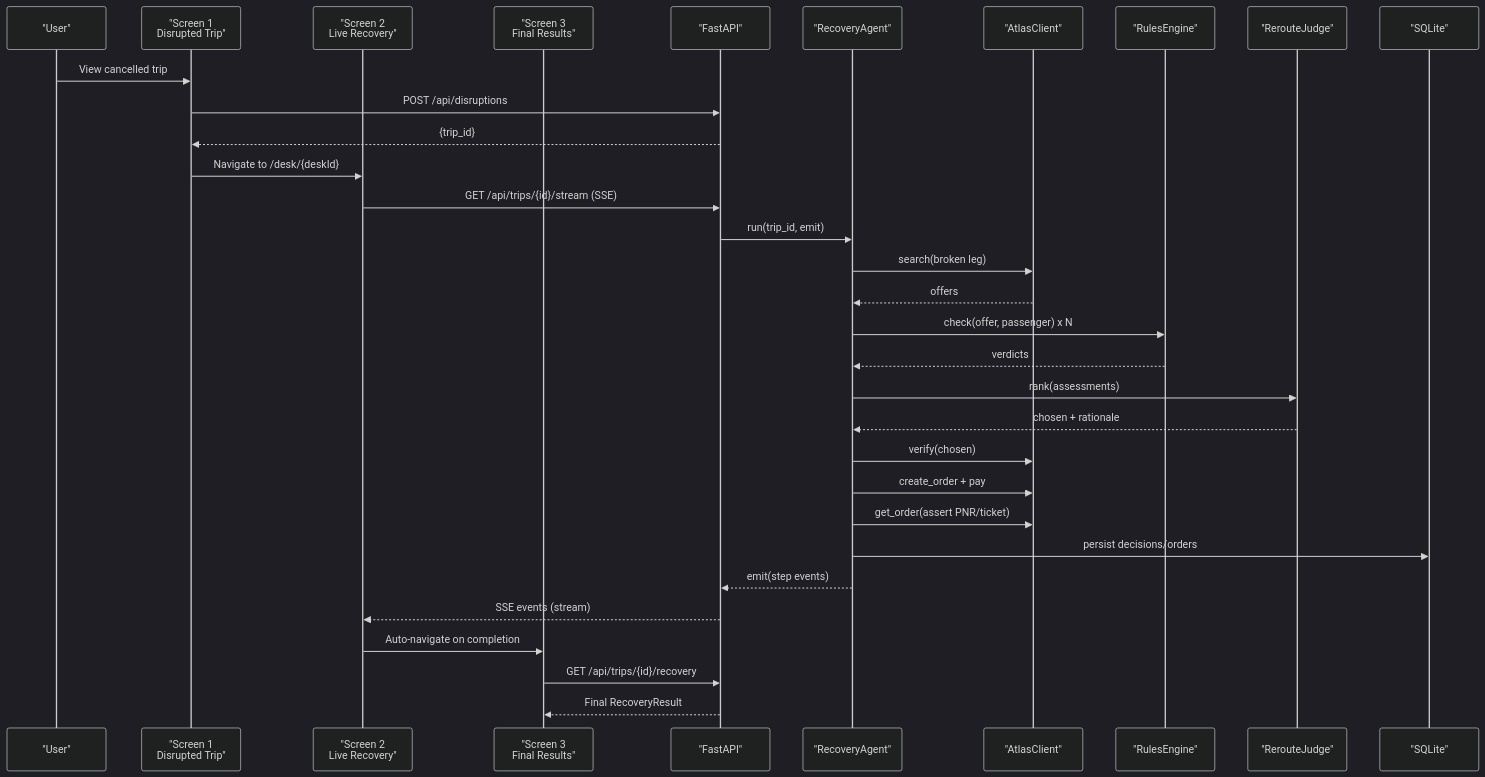
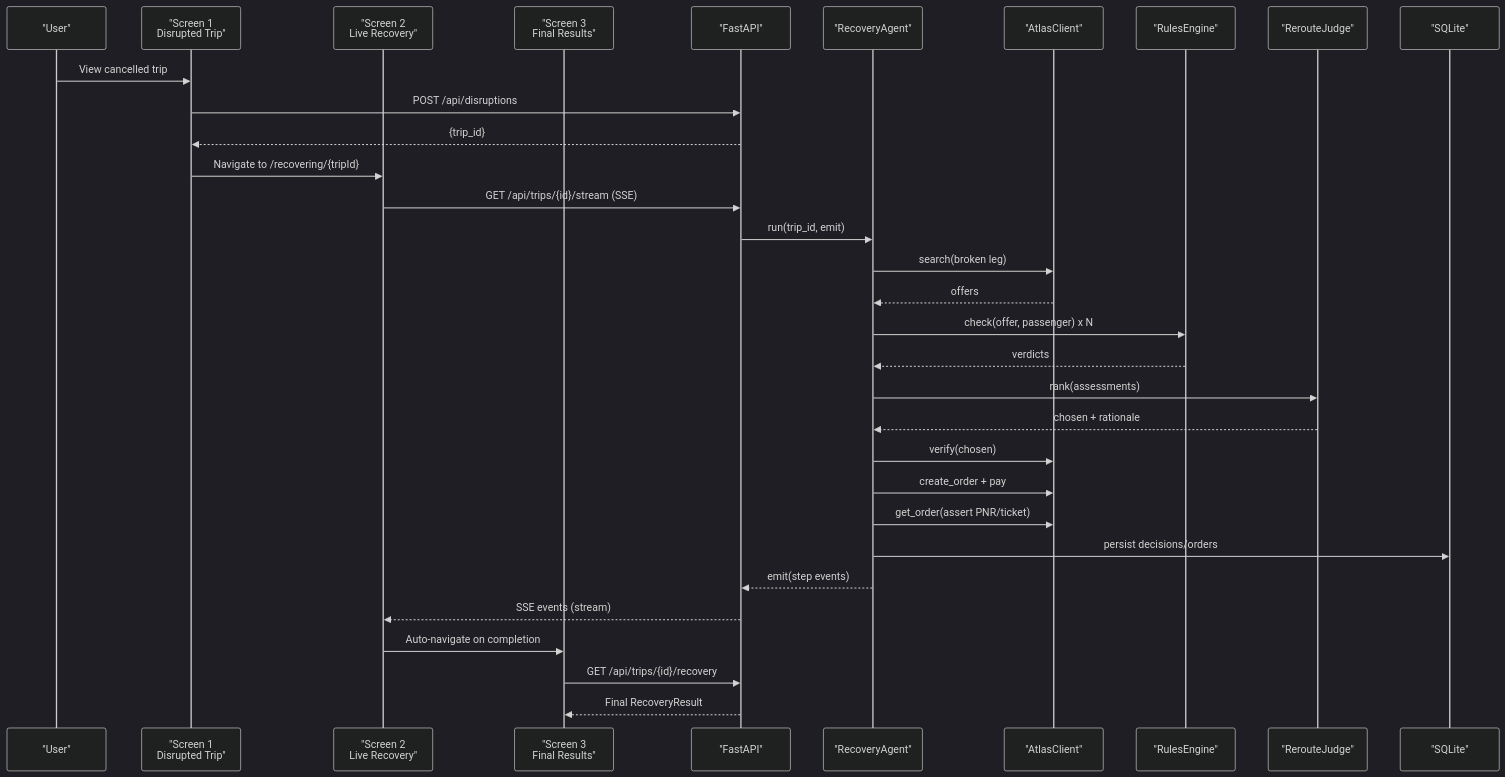
Before and after one commit to jaydonnnk/waypoint: the second of 6 diagrams in .qoder/repowiki/en/content/Product Design/Real-Time Streaming Interface.md, drawn with Mermaid (dark theme). The commit also changed other lines of this file and 14 other files, not shown here.

````diff
--- a/.qoder/repowiki/en/content/Product Design/Real-Time Streaming Interface.md
+++ b/.qoder/repowiki/en/content/Product Design/Real-Time Streaming Interface.md
@@ -105,34 +105,34 @@
 ```mermaid
 sequenceDiagram
 participant U as "User"
 participant S1 as "Screen 1<br/>Disrupted Trip"
 participant S2 as "Screen 2<br/>Live Recovery"
 participant S3 as "Screen 3<br/>Final Results"
 participant API as "FastAPI"
 participant AG as "RecoveryAgent"
 participant AT as "AtlasClient"
 participant RL as "RulesEngine"
 participant JG as "RerouteJudge"
 participant DB as "SQLite"
 U->>S1 : View cancelled trip
 S1->>API : POST /api/disruptions
 API-->>S1 : {trip_id}
-S1->>S2 : Navigate to /desk/{deskId}
+S1->>S2 : Navigate to /recovering/{tripId}
 S2->>API : GET /api/trips/{id}/stream (SSE)
 API->>AG : run(trip_id, emit)
 AG->>AT : search(broken leg)
 AT-->>AG : offers
 AG->>RL : check(offer, passenger) x N
 RL-->>AG : verdicts
 AG->>JG : rank(assessments)
 JG-->>AG : chosen + rationale
 AG->>AT : verify(chosen)
 AG->>AT : create_order + pay
 AG->>AT : get_order(assert PNR/ticket)
 AG->>DB : persist decisions/orders
 AG-->>API : emit(step events)
 API-->>S2 : SSE events (stream)
 S2->>S3 : Auto-navigate on completion
 S3->>API : GET /api/trips/{id}/recovery
 API-->>S3 : Final RecoveryResult
 ```
````
